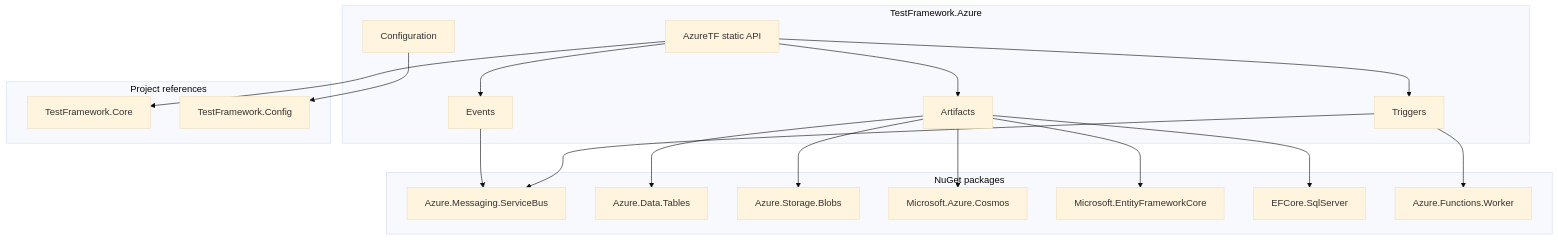
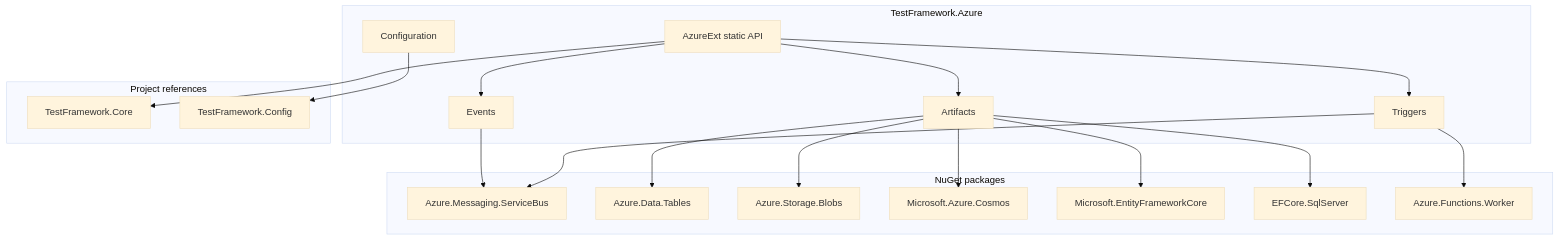
One commit to DeadMoon0/TestFramework-Azure changed the second of 17 diagrams in Documentation/Arc42.md. Above: the diagram before and after it, drawn with Mermaid (base theme). The commit also changed other lines of this file and 28 other files, not shown here.

````diff
--- a/Documentation/Arc42.md
+++ b/Documentation/Arc42.md
@@ -116,36 +116,36 @@
 ```mermaid
 graph TB
     subgraph TestFramework.Azure
-        ATF[AzureTF static API]
+        ATF[AzureExt static API]
         CFG[Configuration]
         TRG[Triggers]
         ART[Artifacts]
         EVT[Events]
     end
     subgraph NuGet packages
         ASB[Azure.Messaging.ServiceBus]
         ADT[Azure.Data.Tables]
         ABLOB[Azure.Storage.Blobs]
         MAC[Microsoft.Azure.Cosmos]
         EFC[Microsoft.EntityFrameworkCore]
         EFCS[EFCore.SqlServer]
         AFW[Azure.Functions.Worker]
     end
     subgraph Project references
         CORE[TestFramework.Core]
         CONF[TestFramework.Config]
     end
     ATF --> TRG
     ATF --> ART
     ATF --> EVT
     TRG --> ASB
     TRG --> AFW
     EVT --> ASB
     ART --> ADT
     ART --> ABLOB
     ART --> MAC
     ART --> EFC
     ART --> EFCS
     ATF --> CORE
     CFG --> CONF
 ```
````
